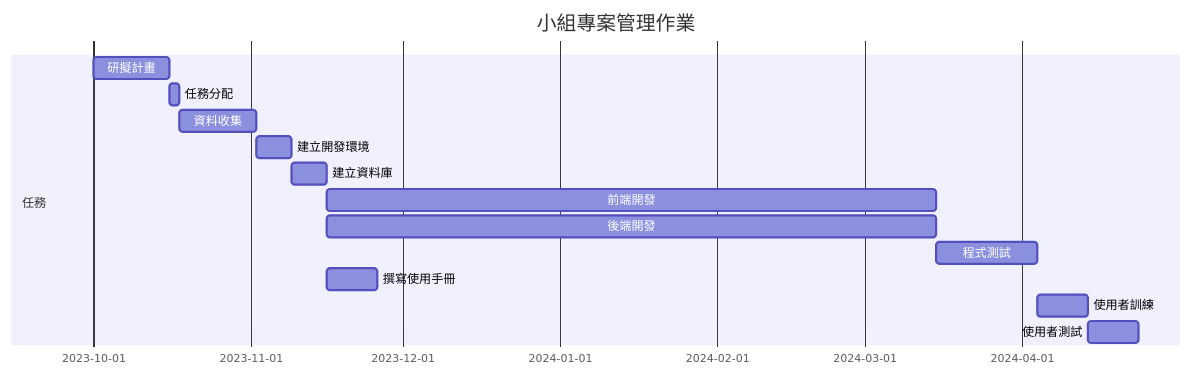
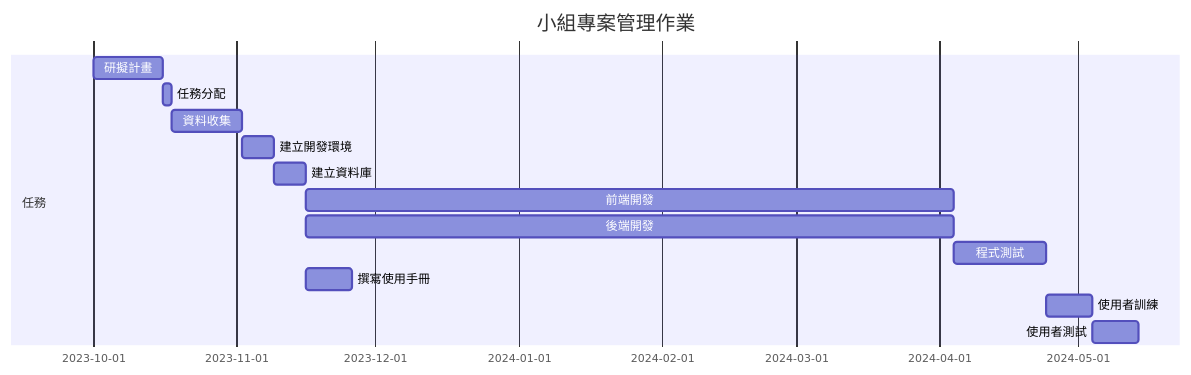
The diagram in group-hw2.md (Xuan730/T5), drawn with Mermaid before and after one commit.

````diff
--- a/group-hw2.md
+++ b/group-hw2.md
@@ -7,17 +7,17 @@
 ```mermaid
 gantt
     title 小組專案管理作業
 
     section 任務
     研擬計畫 :a1, 2023-10-01, 15d
     任務分配 :a2, after a1, 2d
     資料收集 :a3, after a2 , 15d
     建立開發環境 :a4, after a3, 7d
     建立資料庫 :a5, after a4, 7d
-    前端開發:a6,after a5, 120d
-    後端開發:a7, after a5, 120d
+    前端開發:a6,after a5, 140d
+    後端開發:a7, after a5, 140d
     程式測試 :a8, after a6、a7, 20d
     撰寫使用手冊 :a9, after a5, 10d
     使用者訓練 :a10, after a8, 10d
     使用者測試 : a11, after a10, 10d
 ```
````
